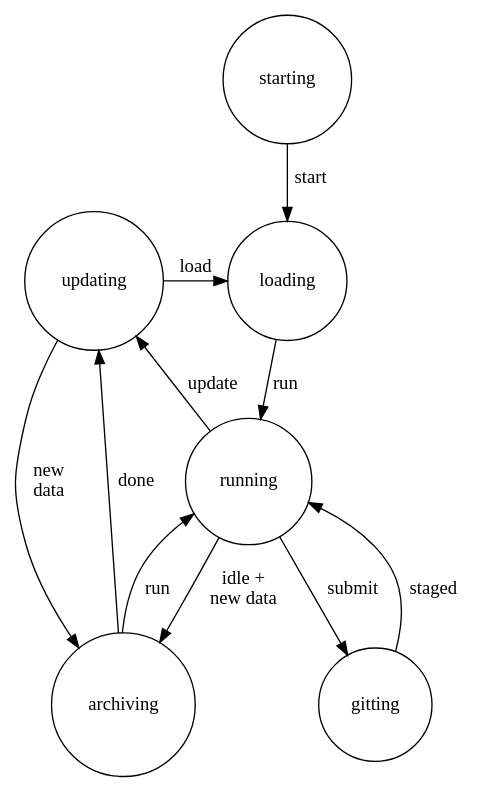
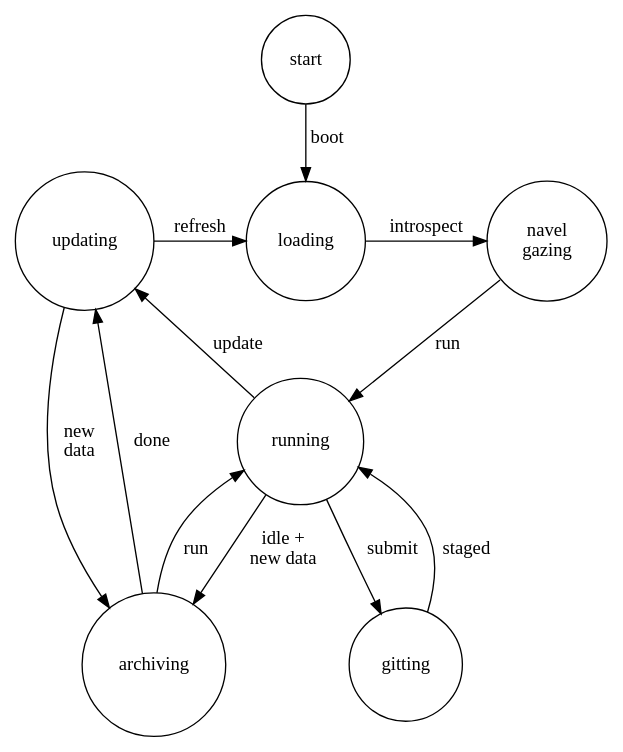
One commit to al-niessner/DAWGIE changed the diagram in Python/dawgie/pl/state.dot. Above: the diagram before and after it, drawn with Graphviz. The commit also changed 7 other files, not shown here.

```diff
--- a/Python/dawgie/pl/state.dot
+++ b/Python/dawgie/pl/state.dot
@@ -1,101 +1,105 @@
 digraph dawgie_fsm
 {
 /*
 COPYRIGHT:
 Copyright (c) 2015-2025, California Institute of Technology ("Caltech").
 U.S. Government sponsorship acknowledged.
 
 All rights reserved.
 
 LICENSE:
 Redistribution and use in source and binary forms, with or without
 modification, are permitted provided that the following conditions are met:
 
 - Redistributions of source code must retain the above copyright notice,
 this list of conditions and the following disclaimer.
 
 - Redistributions in binary form must reproduce the above copyright
 notice, this list of conditions and the following disclaimer in the
 documentation and/or other materials provided with the distribution.
 
 - Neither the name of Caltech nor its operating division, the Jet
 Propulsion Laboratory, nor the names of its contributors may be used to
 endorse or promote products derived from this software without specific prior
 written permission.
 
 THIS SOFTWARE IS PROVIDED BY THE COPYRIGHT HOLDERS AND CONTRIBUTORS "AS IS"
 AND ANY EXPRESS OR IMPLIED WARRANTIES, INCLUDING, BUT NOT LIMITED TO, THE
 IMPLIED WARRANTIES OF MERCHANTABILITY AND FITNESS FOR A PARTICULAR PURPOSE
 ARE DISCLAIMED. IN NO EVENT SHALL THE COPYRIGHT OWNER OR CONTRIBUTORS BE
 LIABLE FOR ANY DIRECT, INDIRECT, INCIDENTAL, SPECIAL, EXEMPLARY, OR
 CONSEQUENTIAL DAMAGES (INCLUDING, BUT NOT LIMITED TO, PROCUREMENT OF
 SUBSTITUTE GOODS OR SERVICES; LOSS OF USE, DATA, OR PROFITS; OR BUSINESS
 INTERRUPTION) HOWEVER CAUSED AND ON ANY THEORY OF LIABILITY, WHETHER IN
 CONTRACT, STRICT LIABILITY, OR TORT (INCLUDING NEGLIGENCE OR OTHERWISE)
 ARISING IN ANY WAY OUT OF THE USE OF THIS SOFTWARE, EVEN IF ADVISED OF THE
 POSSIBILITY OF SUCH DAMAGE.
 
 NTR:
 */
         node [shape = circle];
-        starting[id=starting]
+        starting[id=starting, label=start]
         loading[id=loading]
+        contemplation[id=contemplation, label="navel\ngazing"]
         updating[id=updating]
         running[id=running]
         gitting[id=gitting]
         archiving[id=archiving];
-        { rank=same loading updating }
+        { rank=same contemplation loading updating }
         rankdir=TB;
-        starting -> loading [label=start,
+        starting -> loading [label=boot,
                              trigger=starting_trigger,
                              source=starting,
                              dest=loading,
                              before=start,
                              after=load];
-        loading -> running[label=run,
-                           trigger=running_trigger,
-                           source=loading,
-                           dest=running,
-                           before=navel_gaze];
+        loading -> contemplation[label=introspect,
+                                 trigger=contemplation_trigger,
+                                 source=loading,
+                                 dest=contemplation,
+                                 after=navel_gaze];
+        contemplation -> running[label=run,
+                                 trigger=running_trigger,
+                                 source=contemplation,
+                                 dest=running];
         running -> gitting[label=submit,
                            trigger=gitting_trigger,
                            source=running,
                            dest=gitting];
         gitting -> running[label=staged,
                            trigger=running_trigger,
                            source=gitting,
                            dest=running];
         running -> archiving[label="idle +\nnew data",
                              after=archive,
                              before=save_prior_state,
                              trigger=archiving_trigger,
                              source=running,
                              dest=archiving];
         archiving -> running[label=run,
                              trigger=running_trigger,
                              source=archiving,
-                             dest=running,
-                             before=navel_gaze];
+                             dest=running];
         running -> updating[label=update,
                             trigger=update_trigger,
                             source=running,
                             dest=updating,
                             after=reload];
-        updating -> loading[label=load,
+        updating -> loading[label=refresh,
                             trigger=loading_trigger,
                             source=updating,
                             dest=loading,
                             before=reset,
                             after=load];
         updating -> archiving[label=" new\ndata",
                               after=archive,
                               before=save_prior_state,
                               trigger=archiving_trigger,
                               source=updating,
                               dest=archiving];
         archiving -> updating[label=done,
                               after=loading_trigger,
                               trigger=updating_trigger,
                               source=archiving,
                               dest=updating];
 }
```
